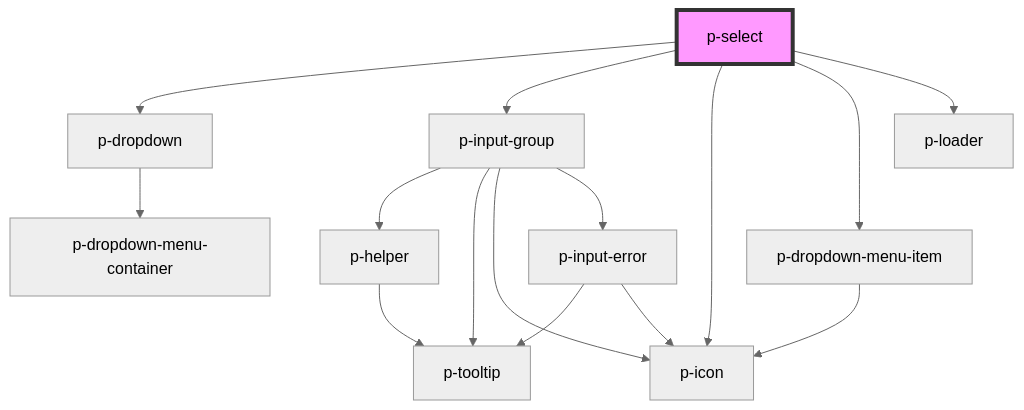
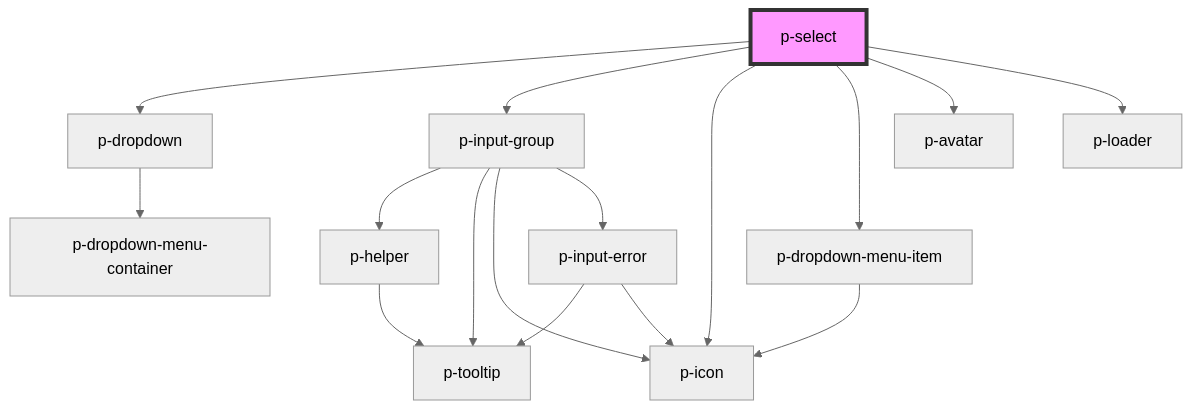
Before and after one commit to Employes/paperless: the diagram in packages/core/src/components/molecules/select/readme.md, drawn with Mermaid (neutral theme). The commit also changed other lines of this file and 9 other files, not shown here.

````diff
--- a/packages/core/src/components/molecules/select/readme.md
+++ b/packages/core/src/components/molecules/select/readme.md
@@ -59,18 +65,19 @@
 ```mermaid
 graph TD;
   p-select --> p-dropdown
   p-select --> p-input-group
   p-select --> p-icon
   p-select --> p-dropdown-menu-item
+  p-select --> p-avatar
   p-select --> p-loader
   p-dropdown --> p-dropdown-menu-container
   p-input-group --> p-helper
   p-input-group --> p-tooltip
   p-input-group --> p-icon
   p-input-group --> p-input-error
   p-helper --> p-tooltip
   p-input-error --> p-tooltip
   p-input-error --> p-icon
   p-dropdown-menu-item --> p-icon
   style p-select fill:#f9f,stroke:#333,stroke-width:4px
 ```
````
